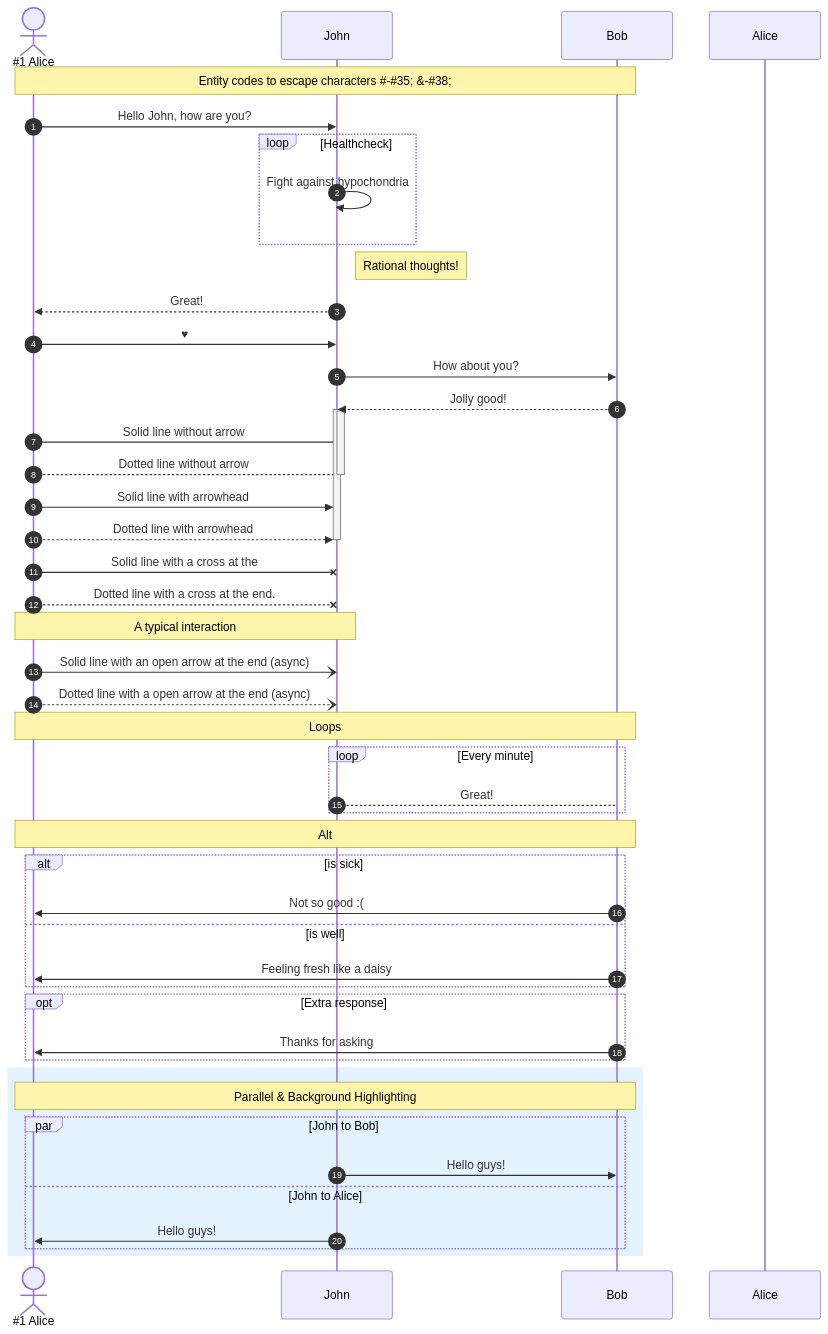
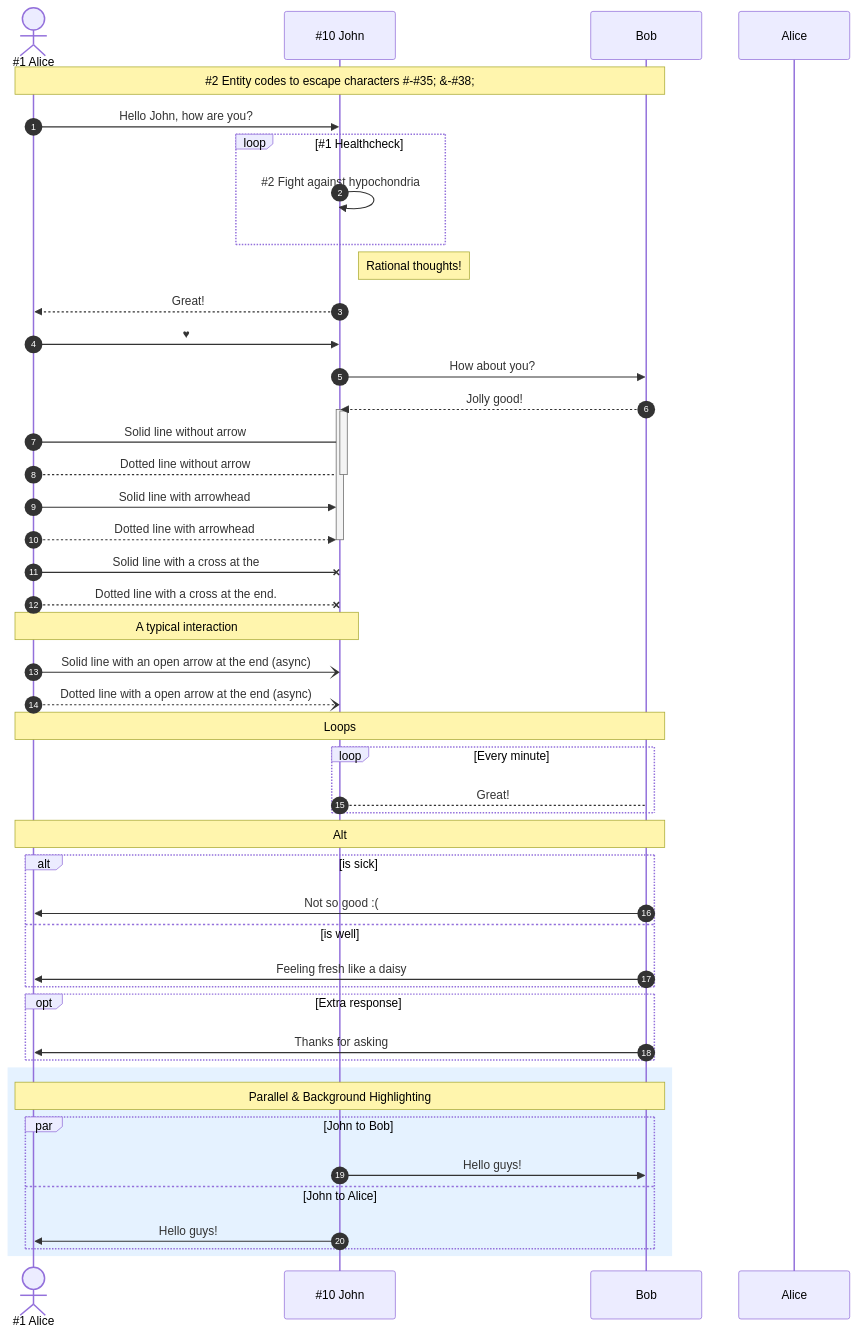
The sixth of 6 diagrams in README-template.md (sdzialowski-godaddy/mermaid), drawn with Mermaid before and after one commit. The commit also changed 2 other files, not shown here.

Commit message:
close_dialog

````diff
--- a/README-template.md
+++ b/README-template.md
@@ -122,58 +122,59 @@
 ```mermaid
 sequenceDiagram
     autonumber
     actor A as #35;1 Alice
-    participant J as John
+    participant J as #35;10 John
     participant B as Bob
     link Alice: Dashboard @ https://dashboard.contoso.com/alice
-Note over A,B: Entity codes to escape characters #35;-#35;35#59; #38;-#35;38#59;
+Note over A,B: #35;2 Entity codes to escape characters #35;-#35;35#59; #38;-#35;38#59;
 
 A->>J: Hello John, how are you?
-loop Healthcheck
-    J->>J: Fight against hypochondria
+loop #35;1 Healthcheck
+    J->>J: #35;2 Fight against hypochondria
 end
 Note right of J: Rational thoughts!
 J-->>A: Great!
 A->>J: #9829;
 J->>B: How about you?
 B-->>J: Jolly good!
 %% this is a comment
 activate J
 activate J
 A->J: Solid line without arrow
 A-->J: Dotted line without arrow
 deactivate J
 A->>J: Solid line with arrowhead
 A-->>J: Dotted line with arrowhead
 deactivate J
 A-xJ: Solid line with a cross at the
 A--xJ: Dotted line with a cross at the end.
 Note over J,A: A typical interaction
 A-)J: Solid line with an open arrow at the end (async)
 A--)J: Dotted line with a open arrow at the end (async)
 
 Note over A,B: Loops
   loop Every minute
       J-->B: Great!
   end
 
 Note over A,B: Alt
   alt is sick
       B->>A: Not so good :(
   else is well
       B->>A: Feeling fresh like a daisy
   end
 
   opt Extra response
       B->>A: Thanks for asking
   end
 
 rect rgb(191, 223, 255, 0.4)
 Note over A,B: Parallel #38; Background Highlighting
     par John to Bob
         J->>B: Hello guys!
     and John to Alice
         J->>A: Hello guys!
     end
 end
+
 ```
````
